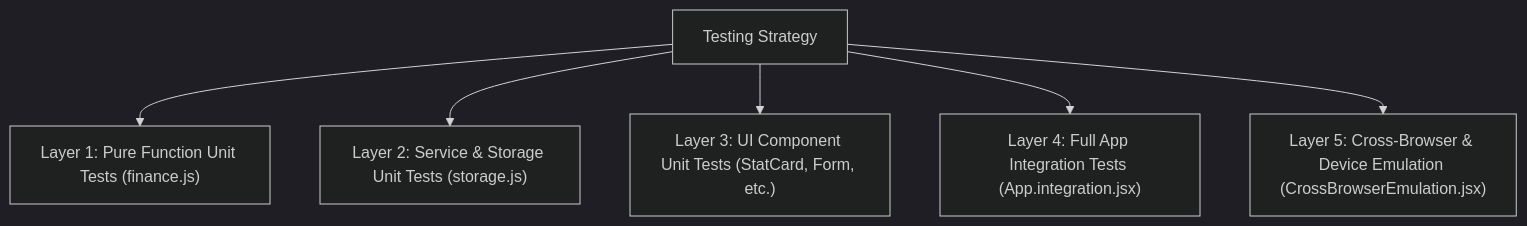
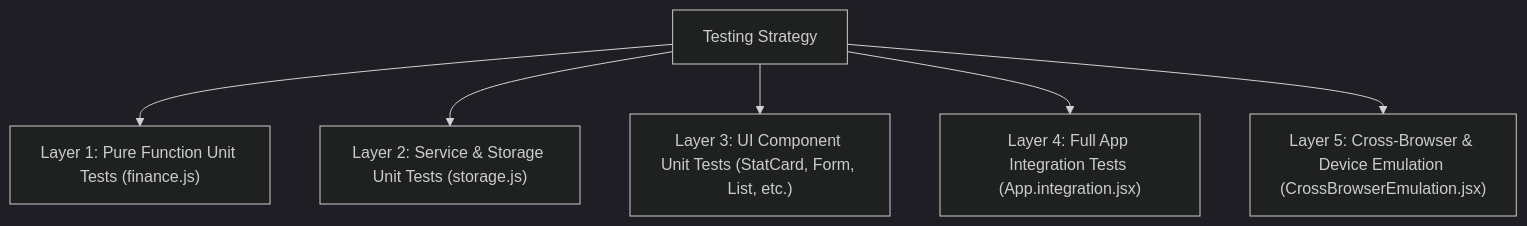
Before and after one commit to Snigdhendu-Chhotaray-28/frontend-architecture-week5: the diagram in TESTING_AND_QUALITY_ASSURANCE_REPORT.md, drawn with Mermaid (dark theme). The commit also changed other lines of this file and 24 other files, not shown here.

Commit message:
frontend-architecture-week5 final update

````diff
--- a/TESTING_AND_QUALITY_ASSURANCE_REPORT.md
+++ b/TESTING_AND_QUALITY_ASSURANCE_REPORT.md
@@ -208,8 +230,8 @@
 ```mermaid
 graph TD
     A["Testing Strategy"] --> B["Layer 1: Pure Function Unit Tests (finance.js)"]
     A --> C["Layer 2: Service & Storage Unit Tests (storage.js)"]
-    A --> D["Layer 3: UI Component Unit Tests (StatCard, Form, etc.)"]
+    A --> D["Layer 3: UI Component Unit Tests (StatCard, Form, List, etc.)"]
     A --> E["Layer 4: Full App Integration Tests (App.integration.jsx)"]
     A --> F["Layer 5: Cross-Browser & Device Emulation (CrossBrowserEmulation.jsx)"]
 ```
````
